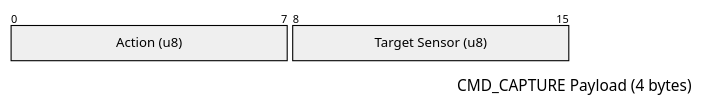
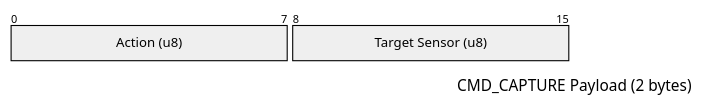
The seventh of 20 diagrams in docs/protocol.md (rafaelurben/raspberry-pi-pico-schlagzaehler), drawn with Mermaid before and after one commit. The commit also changed other lines of this file and 40 other files, not shown here.

````diff
--- a/docs/protocol.md
+++ b/docs/protocol.md
@@ -253,8 +253,8 @@
 ```mermaid
 ---
-title: "CMD_CAPTURE Payload (4 bytes)"
+title: "CMD_CAPTURE Payload (2 bytes)"
 ---
 packet
 0-7: "Action (u8)"
 8-15: "Target Sensor (u8)"
 ```
````
